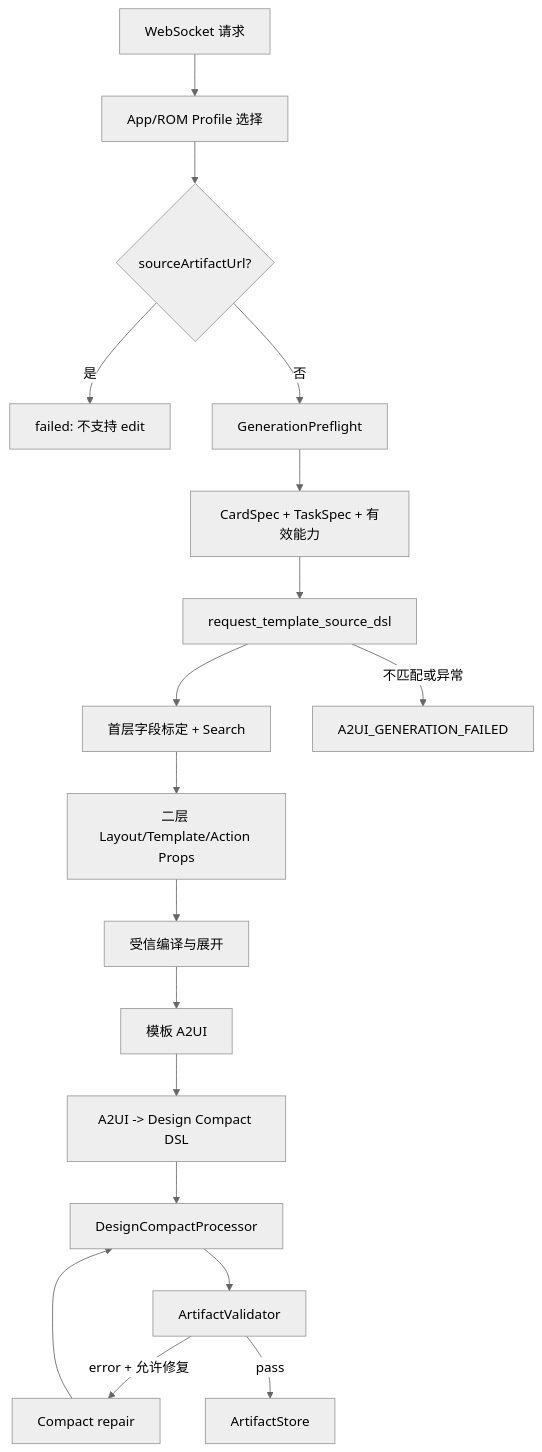
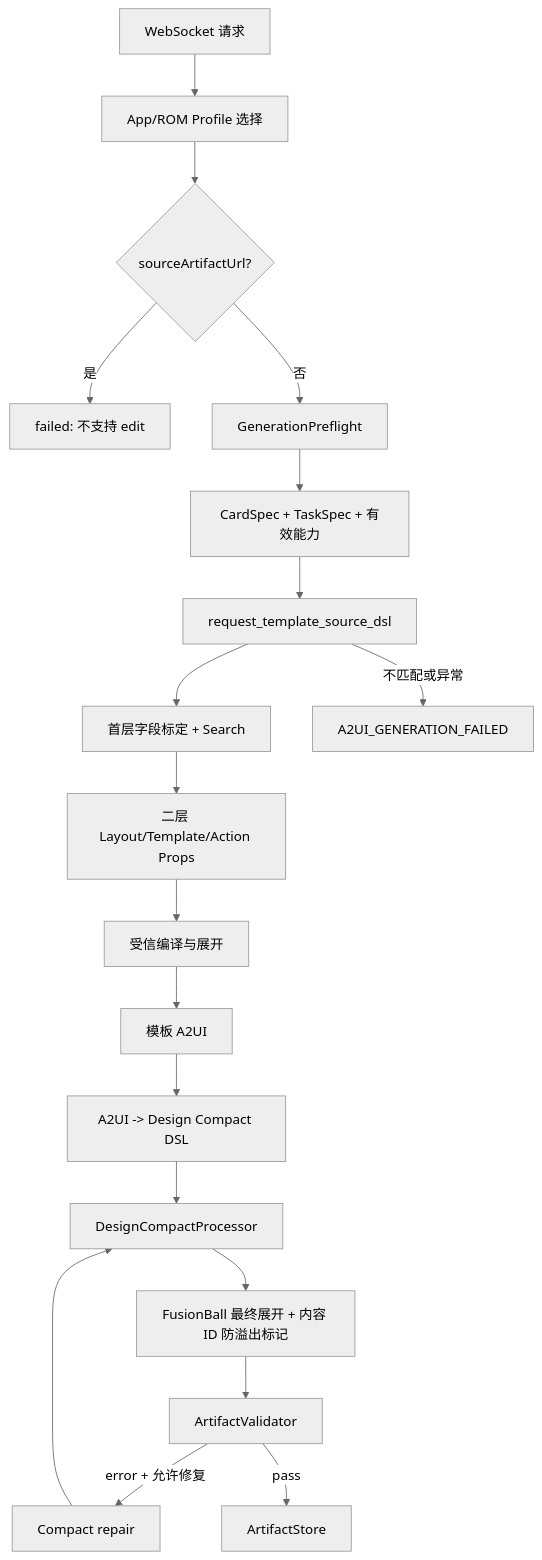
Before and after one commit to InnovationTea/CreateMyCard: the diagram in widget_service/cloud/services/template_generation/docs/tersel-data-flow.md, drawn with Mermaid (neutral theme). The commit also changed other lines of this file and 21 other files, not shown here.

First line of the commit message:
feat(template): gate FusionBall cloud expansion

````diff
--- a/widget_service/cloud/services/template_generation/docs/tersel-data-flow.md
+++ b/widget_service/cloud/services/template_generation/docs/tersel-data-flow.md
@@ -46,20 +46,21 @@
 ```mermaid
 flowchart TD
     WS[WebSocket 请求] --> PROFILE[App/ROM Profile 选择]
     PROFILE --> EDIT{sourceArtifactUrl?}
     EDIT -->|是| REJECT[failed: 不支持 edit]
     EDIT -->|否| PREFLIGHT[GenerationPreflight]
     PREFLIGHT --> SPECS[CardSpec + TaskSpec + 有效能力]
     SPECS --> TEMPLATE[request_template_source_dsl]
     TEMPLATE --> FIRST[首层字段标定 + Search]
     FIRST --> SECOND[二层 Layout/Template/Action Props]
     SECOND --> COMPILE[受信编译与展开]
     COMPILE --> A2UI[模板 A2UI]
     A2UI --> COMPACT[A2UI -> Design Compact DSL]
     COMPACT --> PROCESS[DesignCompactProcessor]
-    PROCESS --> VALIDATE[ArtifactValidator]
+    PROCESS --> EXPAND[FusionBall 最终展开 + 内容 ID 防溢出标记]
+    EXPAND --> VALIDATE[ArtifactValidator]
     VALIDATE -->|error + 允许修复| REPAIR[Compact repair]
     REPAIR --> PROCESS
     VALIDATE -->|pass| SAVE[ArtifactStore]
     TEMPLATE -->|不匹配或异常| FAIL[A2UI_GENERATION_FAILED]
 ```
````
